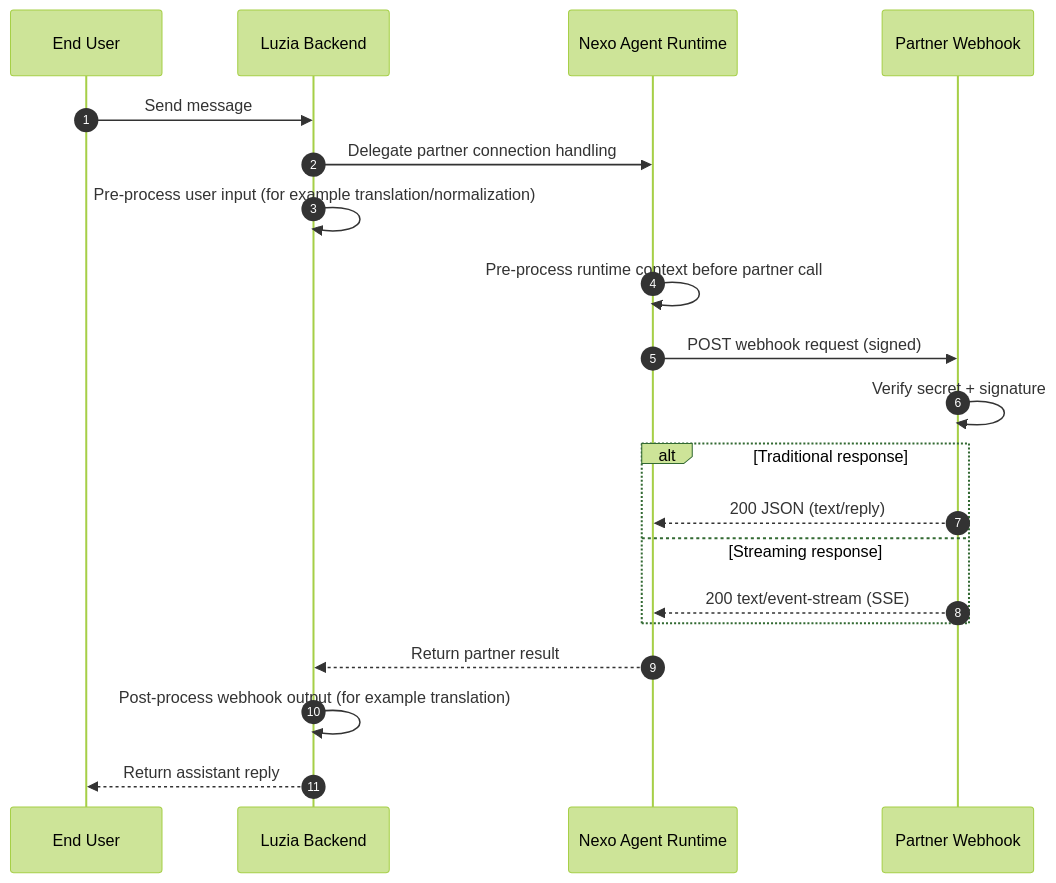
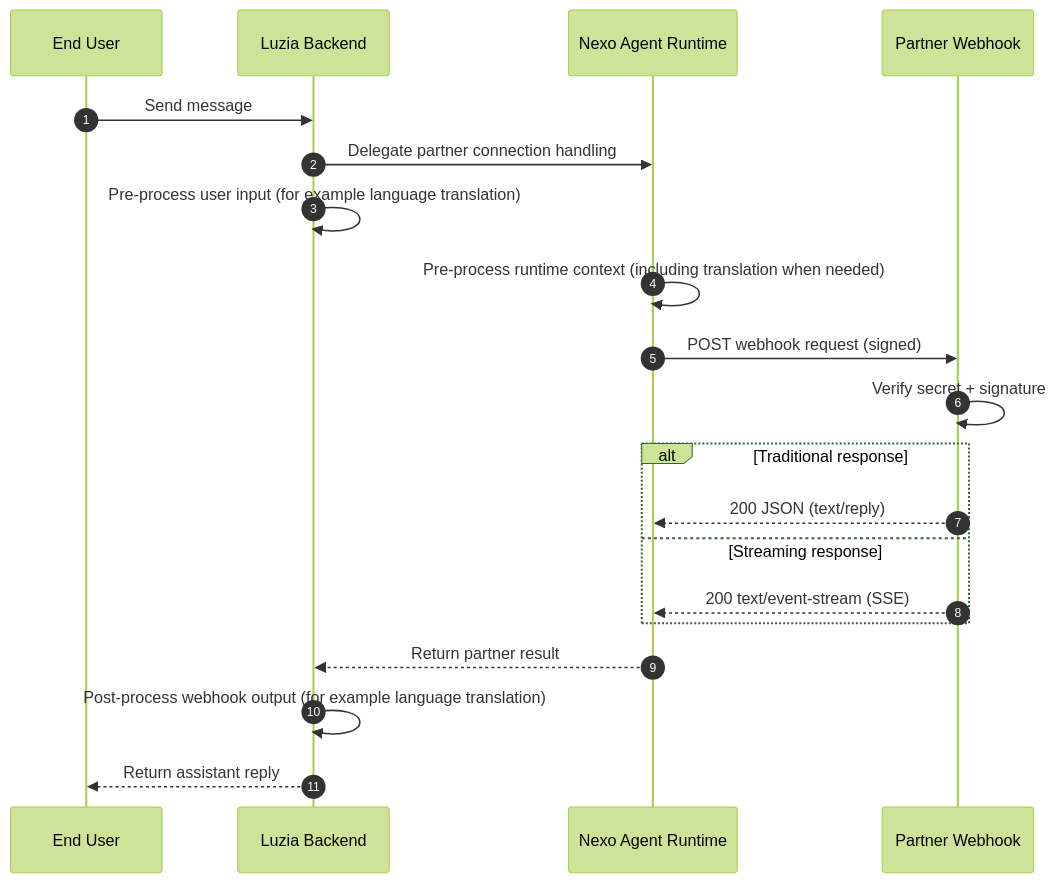
Before and after one commit to The-Wordlab/luzia-nexo-api: the diagram in README.md, drawn with Mermaid (forest theme). The commit also changed 1 other file, not shown here.

Commit message:
docs: make translation examples explicit across integration flow

````diff
--- a/README.md
+++ b/README.md
@@ -17,23 +17,23 @@
 ```mermaid
 sequenceDiagram
     autonumber
     participant User as End User
     participant Luzia as Luzia Backend
     participant Nexo as Nexo Agent Runtime
     participant Partner as Partner Webhook
 
     User->>Luzia: Send message
     Luzia->>Nexo: Delegate partner connection handling
-    Luzia->>Luzia: Pre-process user input (for example translation/normalization)
-    Nexo->>Nexo: Pre-process runtime context before partner call
+    Luzia->>Luzia: Pre-process user input (for example language translation)
+    Nexo->>Nexo: Pre-process runtime context (including translation when needed)
     Nexo->>Partner: POST webhook request (signed)
     Partner->>Partner: Verify secret + signature
     alt Traditional response
         Partner-->>Nexo: 200 JSON (text/reply)
     else Streaming response
         Partner-->>Nexo: 200 text/event-stream (SSE)
     end
     Nexo-->>Luzia: Return partner result
-    Luzia->>Luzia: Post-process webhook output (for example translation)
+    Luzia->>Luzia: Post-process webhook output (for example language translation)
     Luzia-->>User: Return assistant reply
 ```
````
